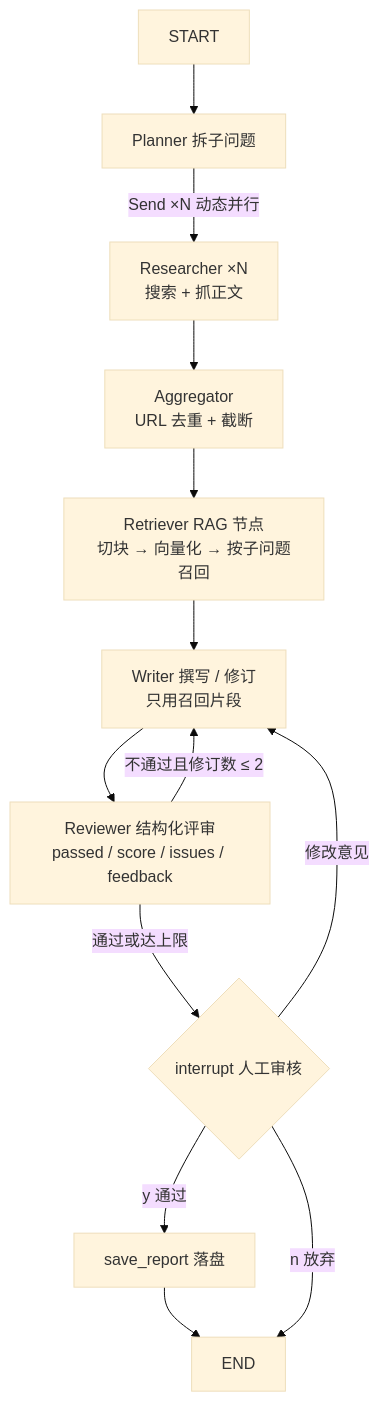
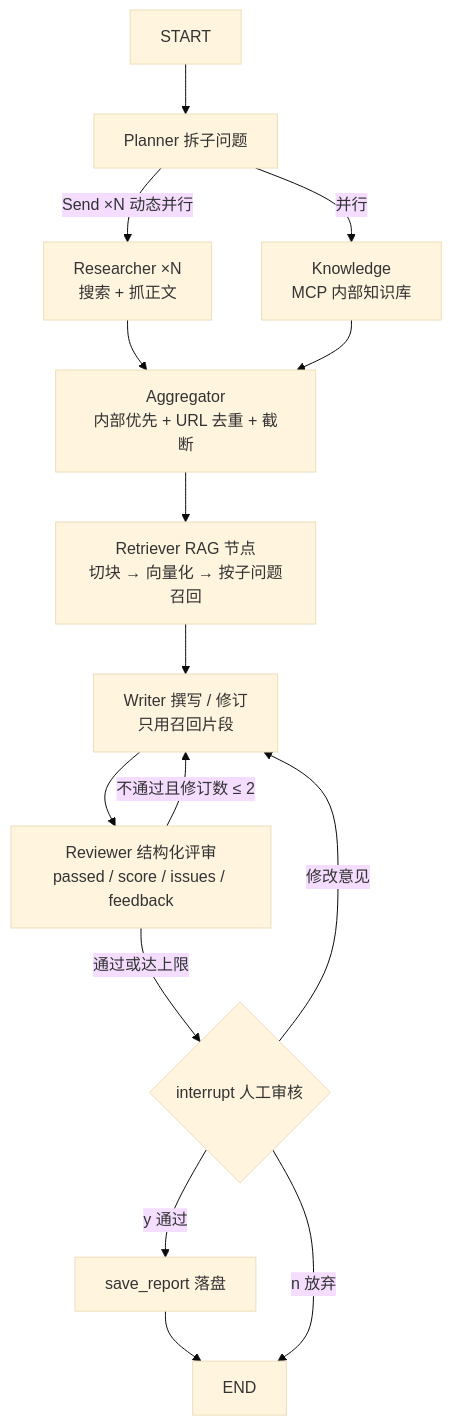
The diagram in README.md (Lizq01/deep-research-agent), drawn with Mermaid (base theme) before and after one commit. The commit also changed other lines of this file and 31 other files, not shown here.

````diff
--- a/README.md
+++ b/README.md
@@ -108,14 +124,16 @@
 ```mermaid
 flowchart TD
   START --> planner[Planner 拆子问题]
   planner -- "Send ×N 动态并行" --> researcher[Researcher ×N<br/>搜索 + 抓正文]
-  researcher --> aggregator[Aggregator<br/>URL 去重 + 截断]
+  planner -- "并行" --> knowledge[Knowledge<br/>MCP 内部知识库]
+  researcher --> aggregator[Aggregator<br/>内部优先 + URL 去重 + 截断]
+  knowledge --> aggregator
   aggregator --> retriever[Retriever RAG 节点<br/>切块 → 向量化 → 按子问题召回]
   retriever --> writer[Writer 撰写 / 修订<br/>只用召回片段]
   writer --> reviewer[Reviewer 结构化评审<br/>passed / score / issues / feedback]
   reviewer -->|不通过且修订数 ≤ 2| writer
   reviewer -->|通过或达上限| human{interrupt 人工审核}
   human -->|y 通过| save[save_report 落盘] --> END
   human -->|修改意见| writer
   human -->|n 放弃| END
 ```
````
